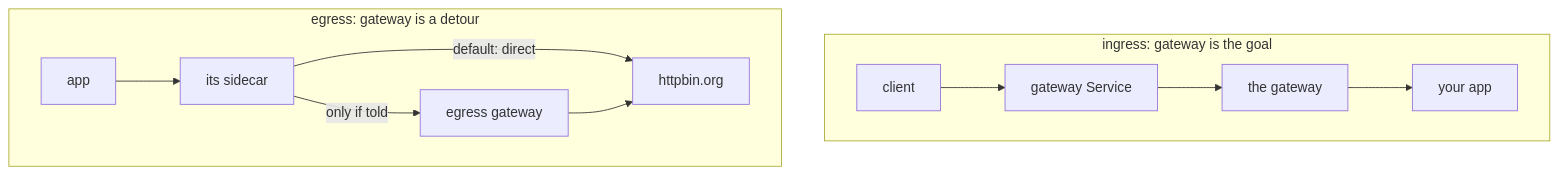
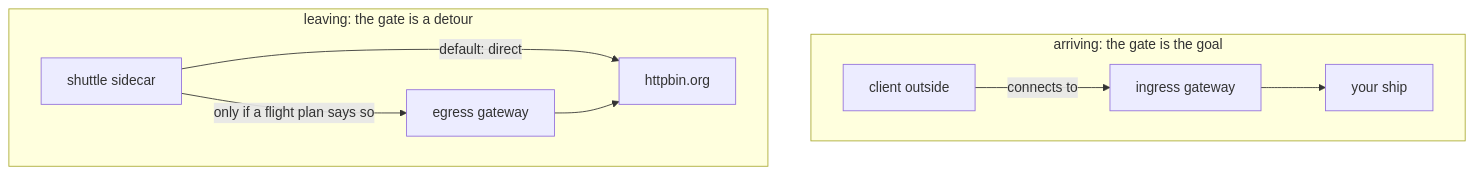
One commit to astrona-io/ATS014 changed the diagram in sections/section-080/module-01/course-01-a-gateway-that-carries-nothing.md. Above: the diagram before and after it, drawn with Mermaid. The commit also changed other lines of this file and 813 other files, not shown here.

````diff
--- a/sections/section-080/module-01/course-01-a-gateway-that-carries-nothing.md
+++ b/sections/section-080/module-01/course-01-a-gateway-that-carries-nothing.md
@@ -77,14 +119,12 @@
 ```mermaid
 flowchart TB
-    subgraph I["ingress: gateway is the goal"]
-      I1["client"] --> I2["gateway Service"]
-      I2 --> I3["the gateway"]
-      I3 --> I4["your app"]
+    subgraph IN["arriving: the gate is the goal"]
+      C["client outside"] -->|"connects to"| IG["ingress gateway"]
+      IG --> APP["your ship"]
     end
-    subgraph E["egress: gateway is a detour"]
-      E1["app"] --> E2["its sidecar"]
-      E2 -->|"default: direct"| E4["httpbin.org"]
-      E2 -->|"only if told"| E3["egress gateway"]
-      E3 --> E4
+    subgraph OUT["leaving: the gate is a detour"]
+      S["shuttle sidecar"] -->|"default: direct"| X["httpbin.org"]
+      S -->|"only if a flight plan says so"| EG["egress gateway"]
+      EG --> X
     end
 ```
````
